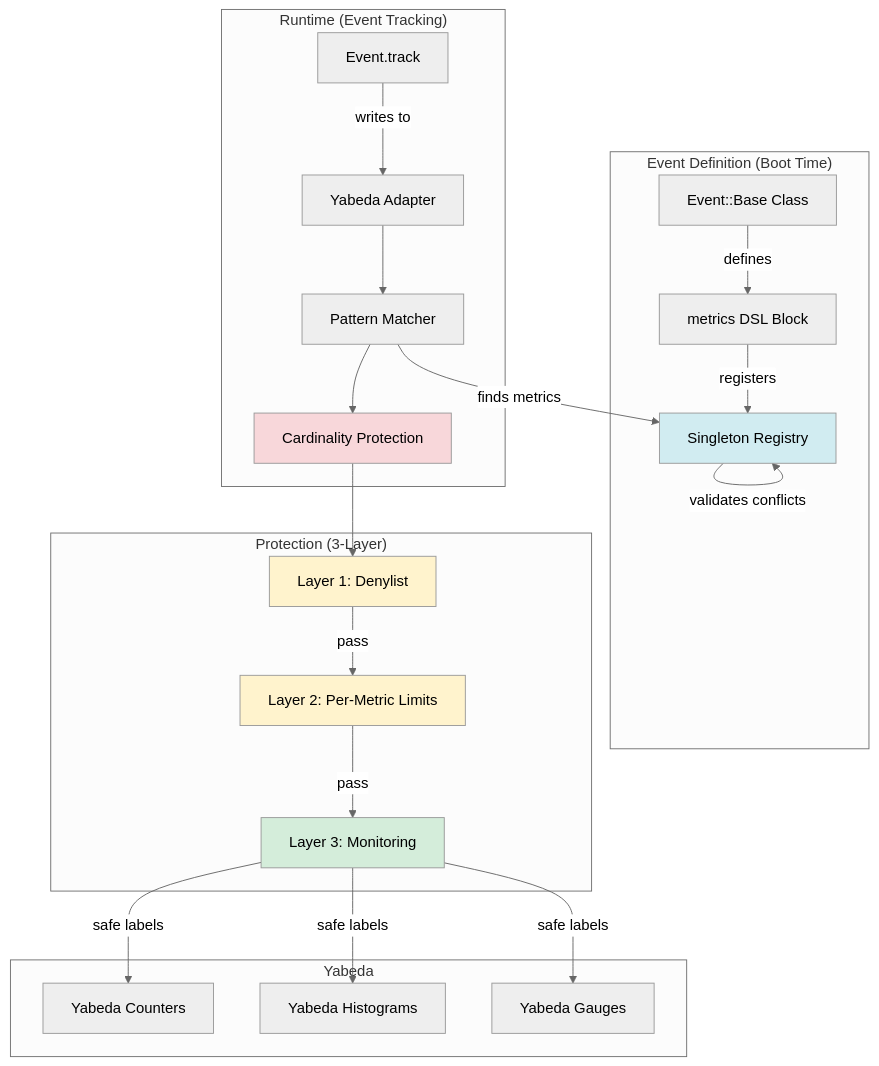
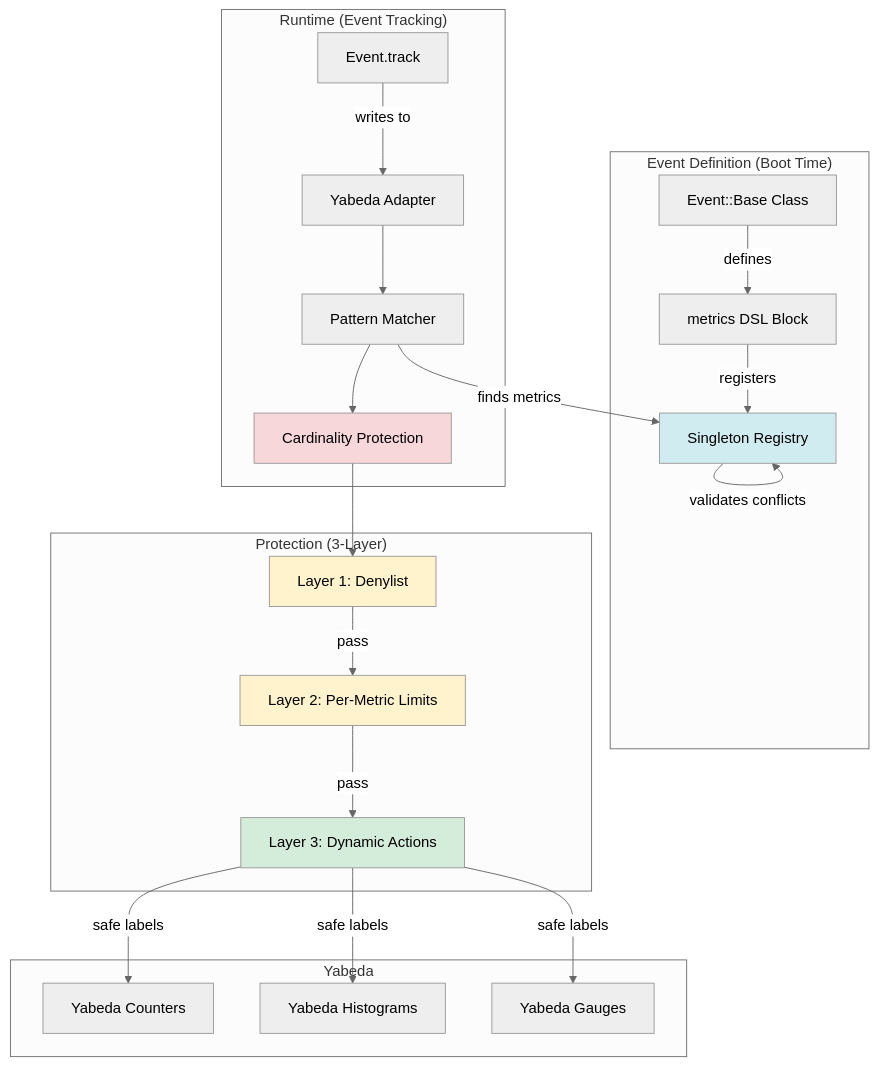
The second of 7 diagrams in docs/ADR-002-metrics-yabeda.md (arturseletskiy/e11y), drawn with Mermaid (neutral theme) before and after one commit. The commit also changed other lines of this file and 230 other files, not shown here.

````diff
--- a/docs/ADR-002-metrics-yabeda.md
+++ b/docs/ADR-002-metrics-yabeda.md
@@ -287,49 +286,49 @@
 ```mermaid
 graph TB
     subgraph "Event Definition (Boot Time)"
         EventClass[Event::Base Class]
         MetricsDSL[metrics DSL Block]
         Registry[Singleton Registry]
     end
     
     subgraph "Runtime (Event Tracking)"
         Event[Event.track]
         YabedaAdapter[Yabeda Adapter]
         Matcher[Pattern Matcher]
         Cardinality[Cardinality Protection]
     end
     
     subgraph "Yabeda"
         Counter[Yabeda Counters]
         Histogram[Yabeda Histograms]
         Gauge[Yabeda Gauges]
     end
     
     subgraph "Protection (3-Layer)"
         L1[Layer 1: Denylist]
         L2[Layer 2: Per-Metric Limits]
-        L3[Layer 3: Monitoring]
+        L3[Layer 3: Dynamic Actions]
     end
     
     EventClass -->|defines| MetricsDSL
     MetricsDSL -->|registers| Registry
     Registry -->|validates conflicts| Registry
     
     Event -->|writes to| YabedaAdapter
     YabedaAdapter --> Matcher
     Matcher -->|finds metrics| Registry
     Matcher --> Cardinality
     
     Cardinality --> L1
     L1 -->|pass| L2
     L2 -->|pass| L3
     L3 -->|safe labels| Counter
     L3 -->|safe labels| Histogram
     L3 -->|safe labels| Gauge
     
     style Registry fill:#d1ecf1
     style Cardinality fill:#f8d7da
     style L1 fill:#fff3cd
     style L2 fill:#fff3cd
     style L3 fill:#d4edda
 ```
````
